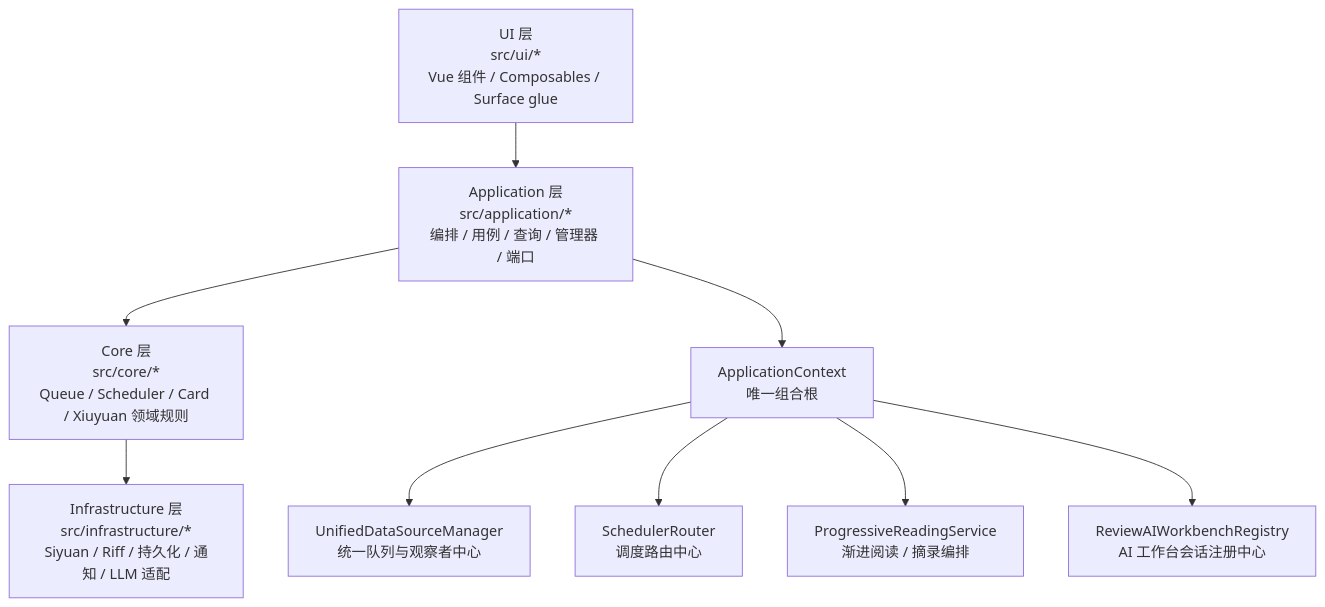
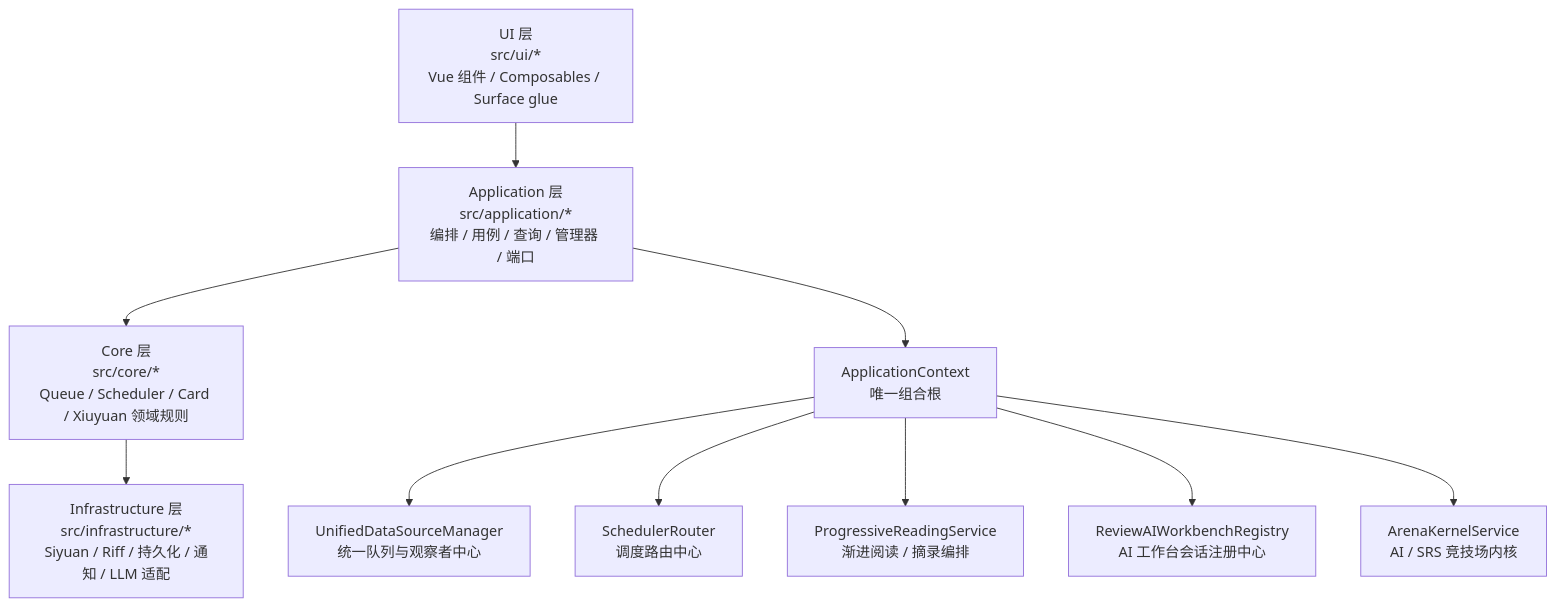
The first of 2 diagrams in ARCHITECTURE.md (Dammyxy/siyuanmemoSRC), drawn with Mermaid before and after one commit. The commit also changed other lines of this file and 35 other files, not shown here.

````diff
--- a/ARCHITECTURE.md
+++ b/ARCHITECTURE.md
@@ -44,12 +45,13 @@
 ```mermaid
 flowchart TD
   UI["UI 层\nsrc/ui/*\nVue 组件 / Composables / Surface glue"] --> APP["Application 层\nsrc/application/*\n编排 / 用例 / 查询 / 管理器 / 端口"]
   APP --> CORE["Core 层\nsrc/core/*\nQueue / Scheduler / Card / Xiuyuan 领域规则"]
   CORE --> INFRA["Infrastructure 层\nsrc/infrastructure/*\nSiyuan / Riff / 持久化 / 通知 / LLM 适配"]
 
   APP --> CTX["ApplicationContext\n唯一组合根"]
   CTX --> UDSM["UnifiedDataSourceManager\n统一队列与观察者中心"]
   CTX --> SR["SchedulerRouter\n调度路由中心"]
   CTX --> PR["ProgressiveReadingService\n渐进阅读 / 摘录编排"]
   CTX --> AI["ReviewAIWorkbenchRegistry\nAI 工作台会话注册中心"]
+  CTX --> AR["ArenaKernelService\nAI / SRS 竞技场内核"]
 ```
````
